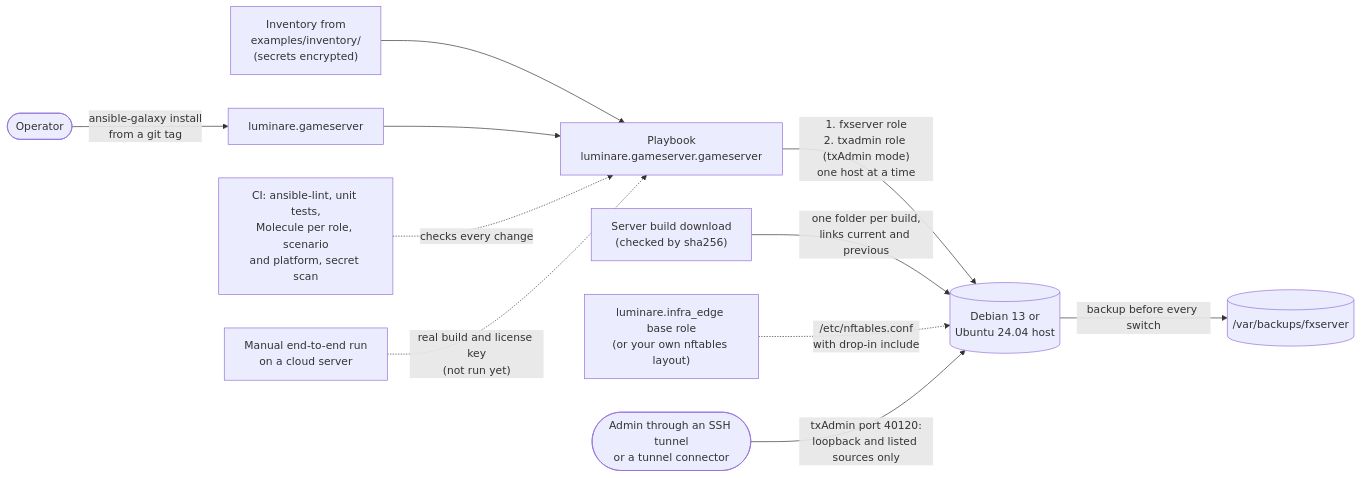
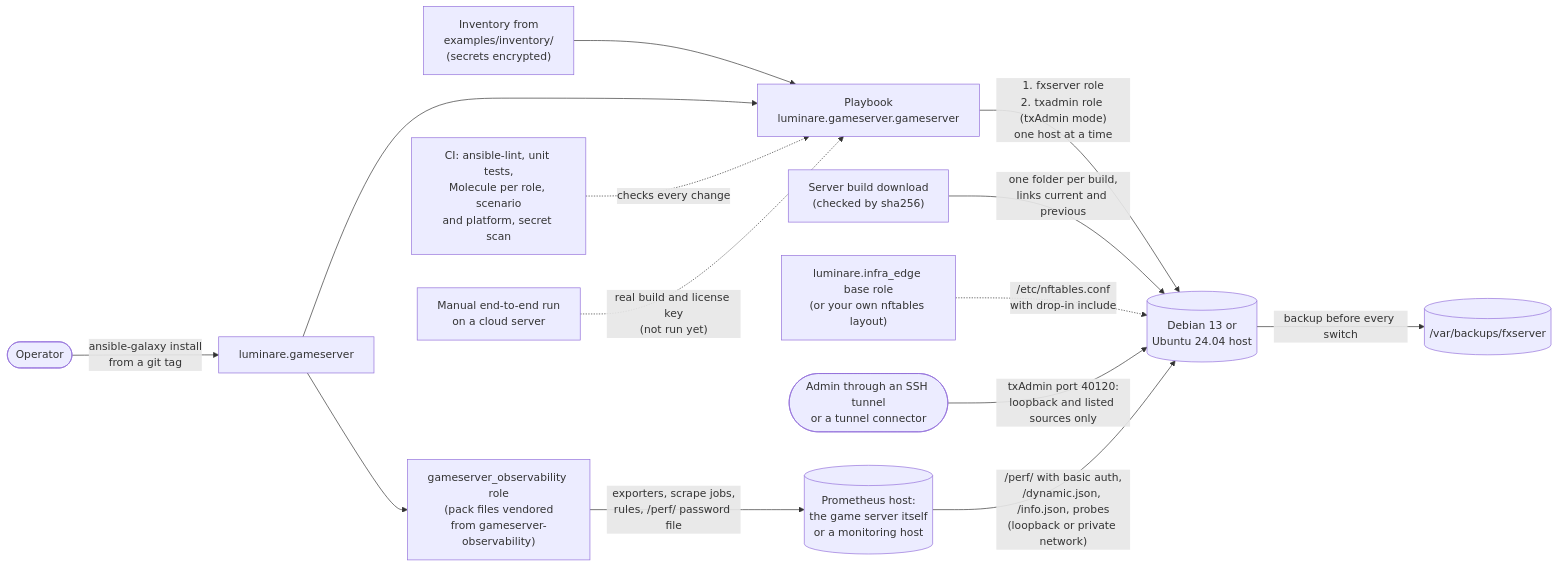
One commit to luminare-dev/ansible-collection-gameserver changed the diagram in README.md. Above: the diagram before and after it, drawn with Mermaid. The commit also changed other lines of this file and 51 other files, not shown here.

First line of the commit message:
feat(gameserver_observability): add the role that wires the observability pack (#8)

````diff
--- a/README.md
+++ b/README.md
@@ -82,13 +86,16 @@
 ```mermaid
 flowchart LR
     operator(["Operator"]) -->|"ansible-galaxy install<br/>from a git tag"| collection["luminare.gameserver"]
     inventory["Inventory from<br/>examples/inventory/<br/>(secrets encrypted)"] --> playbook
     collection --> playbook["Playbook<br/>luminare.gameserver.gameserver"]
     playbook -->|"1. fxserver role<br/>2. txadmin role (txAdmin mode)<br/>one host at a time"| host[("Debian 13 or<br/>Ubuntu 24.04 host")]
     download["Server build download<br/>(checked by sha256)"] -->|"one folder per build,<br/>links current and previous"| host
     host -->|"backup before every switch"| backups[("/var/backups/fxserver")]
     edge["luminare.infra_edge base role<br/>(or your own nftables layout)"] -.->|"/etc/nftables.conf<br/>with drop-in include"| host
     admin(["Admin through an SSH tunnel<br/>or a tunnel connector"]) -->|"txAdmin port 40120:<br/>loopback and listed sources only"| host
     ci["CI: ansible-lint, unit tests,<br/>Molecule per role, scenario<br/>and platform, secret scan"] -.->|"checks every change"| playbook
     e2e["Manual end-to-end run<br/>on a cloud server"] -.->|"real build and license key<br/>(not run yet)"| playbook
+    collection --> observability["gameserver_observability role<br/>(pack files vendored<br/>from gameserver-observability)"]
+    observability -->|"exporters, scrape jobs,<br/>rules, /perf/ password file"| prometheus[("Prometheus host:<br/>the game server itself<br/>or a monitoring host")]
+    prometheus -->|"/perf/ with basic auth,<br/>/dynamic.json, /info.json, probes<br/>(loopback or private network)"| host
 ```
````
